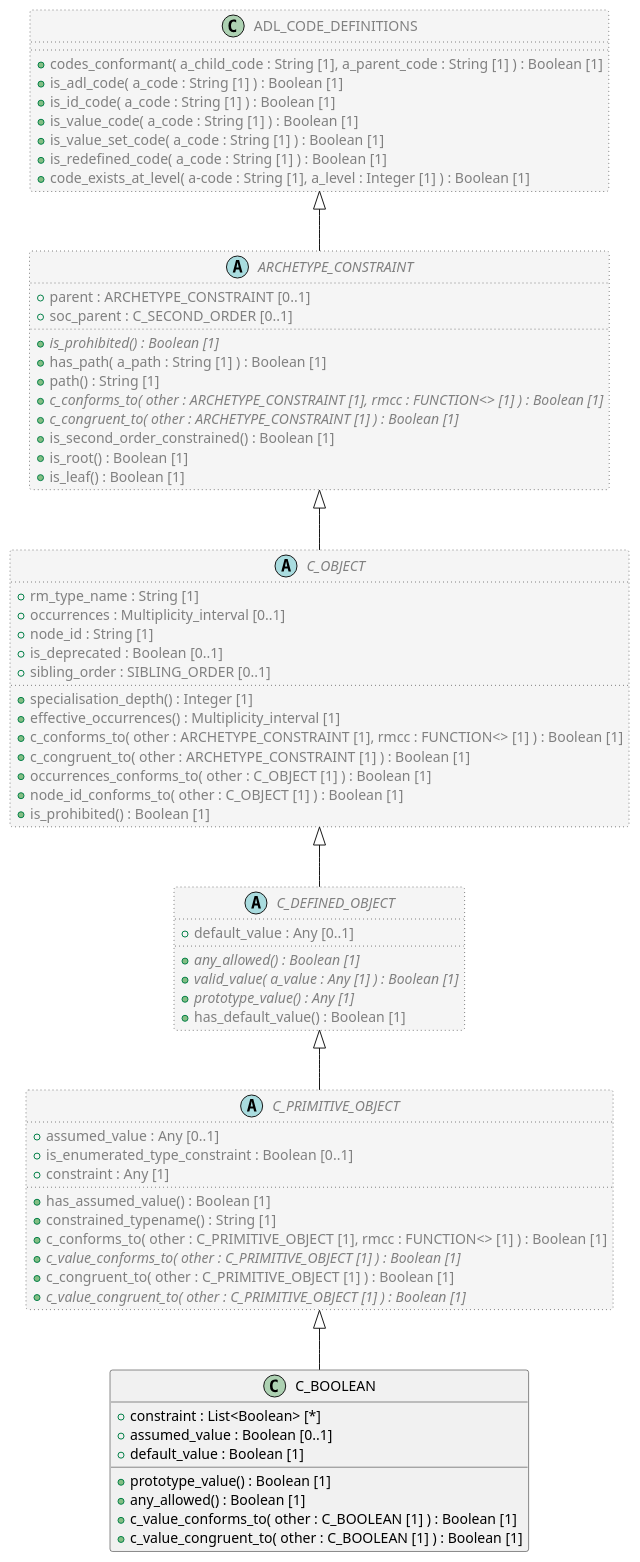
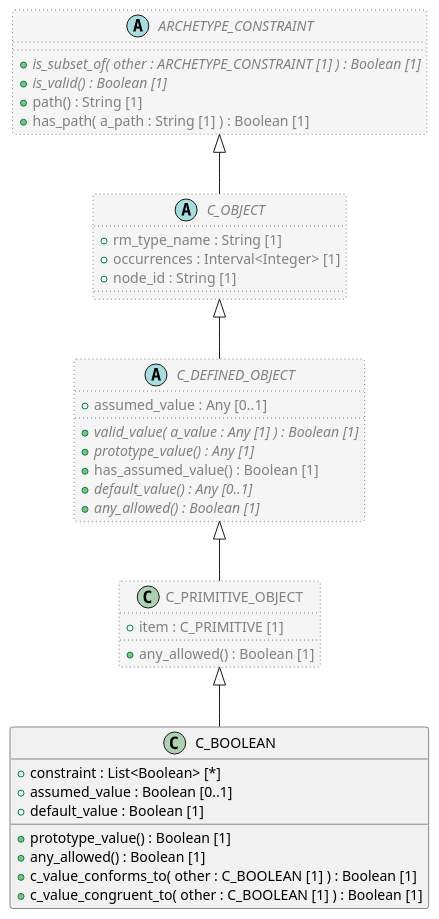
Before and after one commit to sebastian-iancu/code-generator: the diagram in code/Adoc/openehr_am_2.2.0/plantUML/classes/org.openehr.am.aom2.c_boolean.adoc, drawn with PlantUML. The commit also changed 1228 other files, not shown here.

```diff
--- a/code/Adoc/openehr_am_2.2.0/plantUML/classes/org.openehr.am.aom2.c_boolean.adoc
+++ b/code/Adoc/openehr_am_2.2.0/plantUML/classes/org.openehr.am.aom2.c_boolean.adoc
@@ -12,65 +12,32 @@
   + c_value_congruent_to( other : C_BOOLEAN [1] ) : Boolean [1]
 }
 
-abstract class C_PRIMITIVE_OBJECT  #whitesmoke;line:gray;line.dotted;text:gray {
-  + assumed_value : Any [0..1]
-  + is_enumerated_type_constraint : Boolean [0..1]
-  + constraint : Any [1]
-  + has_assumed_value() : Boolean [1]
-  + constrained_typename() : String [1]
-  + c_conforms_to( other : C_PRIMITIVE_OBJECT [1], rmcc : FUNCTION<> [1] ) : Boolean [1]
-  + {abstract} c_value_conforms_to( other : C_PRIMITIVE_OBJECT [1] ) : Boolean [1]
-  + c_congruent_to( other : C_PRIMITIVE_OBJECT [1] ) : Boolean [1]
-  + {abstract} c_value_congruent_to( other : C_PRIMITIVE_OBJECT [1] ) : Boolean [1]
+class C_PRIMITIVE_OBJECT  #whitesmoke;line:gray;line.dotted;text:gray {
+  + item : C_PRIMITIVE [1]
+  + any_allowed() : Boolean [1]
 }
 
 abstract class C_DEFINED_OBJECT  #whitesmoke;line:gray;line.dotted;text:gray {
-  + default_value : Any [0..1]
-  + {abstract} any_allowed() : Boolean [1]
+  + assumed_value : Any [0..1]
   + {abstract} valid_value( a_value : Any [1] ) : Boolean [1]
   + {abstract} prototype_value() : Any [1]
-  + has_default_value() : Boolean [1]
+  + has_assumed_value() : Boolean [1]
+  + {abstract} default_value() : Any [0..1]
+  + {abstract} any_allowed() : Boolean [1]
 }
 
 abstract class C_OBJECT  #whitesmoke;line:gray;line.dotted;text:gray {
   + rm_type_name : String [1]
-  + occurrences : Multiplicity_interval [0..1]
+  + occurrences : Interval<Integer> [1]
   + node_id : String [1]
-  + is_deprecated : Boolean [0..1]
-  + sibling_order : SIBLING_ORDER [0..1]
-  + specialisation_depth() : Integer [1]
-  + effective_occurrences() : Multiplicity_interval [1]
-  + c_conforms_to( other : ARCHETYPE_CONSTRAINT [1], rmcc : FUNCTION<> [1] ) : Boolean [1]
-  + c_congruent_to( other : ARCHETYPE_CONSTRAINT [1] ) : Boolean [1]
-  + occurrences_conforms_to( other : C_OBJECT [1] ) : Boolean [1]
-  + node_id_conforms_to( other : C_OBJECT [1] ) : Boolean [1]
-  + is_prohibited() : Boolean [1]
 }
 
 abstract class ARCHETYPE_CONSTRAINT  #whitesmoke;line:gray;line.dotted;text:gray {
-  + parent : ARCHETYPE_CONSTRAINT [0..1]
-  + soc_parent : C_SECOND_ORDER [0..1]
-  + {abstract} is_prohibited() : Boolean [1]
+  + {abstract} is_subset_of( other : ARCHETYPE_CONSTRAINT [1] ) : Boolean [1]
+  + {abstract} is_valid() : Boolean [1]
+  + path() : String [1]
   + has_path( a_path : String [1] ) : Boolean [1]
-  + path() : String [1]
-  + {abstract} c_conforms_to( other : ARCHETYPE_CONSTRAINT [1], rmcc : FUNCTION<> [1] ) : Boolean [1]
-  + {abstract} c_congruent_to( other : ARCHETYPE_CONSTRAINT [1] ) : Boolean [1]
-  + is_second_order_constrained() : Boolean [1]
-  + is_root() : Boolean [1]
-  + is_leaf() : Boolean [1]
 }
-
-class ADL_CODE_DEFINITIONS  #whitesmoke;line:gray;line.dotted;text:gray {
-  + codes_conformant( a_child_code : String [1], a_parent_code : String [1] ) : Boolean [1]
-  + is_adl_code( a_code : String [1] ) : Boolean [1]
-  + is_id_code( a_code : String [1] ) : Boolean [1]
-  + is_value_code( a_code : String [1] ) : Boolean [1]
-  + is_value_set_code( a_code : String [1] ) : Boolean [1]
-  + is_redefined_code( a_code : String [1] ) : Boolean [1]
-  + code_exists_at_level( a-code : String [1], a_level : Integer [1] ) : Boolean [1]
-}
-
-ADL_CODE_DEFINITIONS <|-- ARCHETYPE_CONSTRAINT
 
 ARCHETYPE_CONSTRAINT <|-- C_OBJECT
 
```
